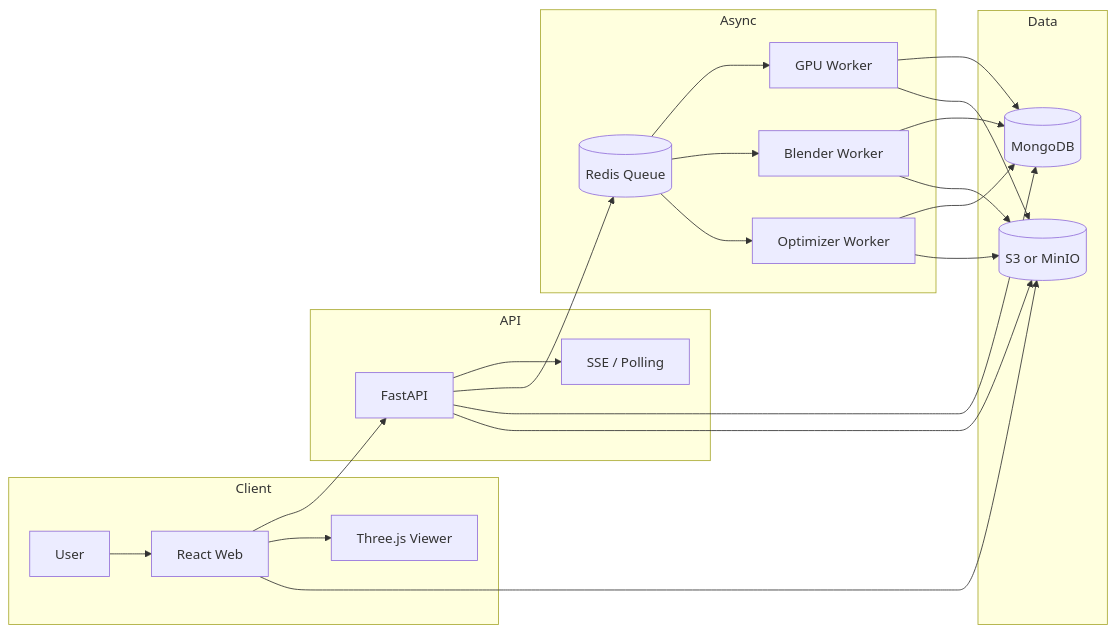
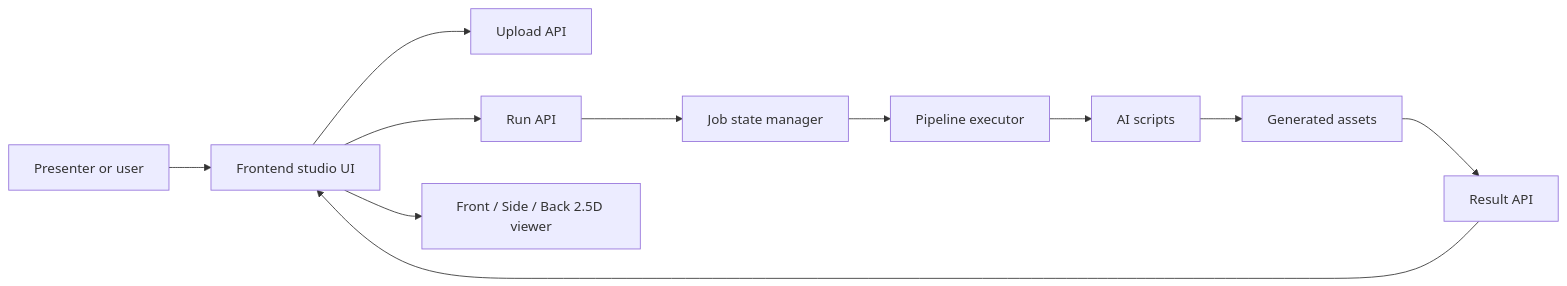
The first of 3 diagrams in README.md (Capstone-BIG4/AI), drawn with Mermaid before and after one commit. The commit also changed other lines of this file and 287 other files, not shown here.

````diff
--- a/README.md
+++ b/README.md
@@ -90,43 +38,13 @@
 ```mermaid
 flowchart LR
-    subgraph Client
-        U[User]
-        W[React Web]
-        V[Three.js Viewer]
-    end
-
-    subgraph API
-        A[FastAPI]
-        E[SSE / Polling]
-    end
-
-    subgraph Async
-        Q[(Redis Queue)]
-        G[GPU Worker]
-        F[Blender Worker]
-        O[Optimizer Worker]
-    end
-
-    subgraph Data
-        M[(MongoDB)]
-        S[(S3 or MinIO)]
-    end
-
-    U --> W
-    W --> A
-    W --> V
-    W --> S
-    A --> E
-    A --> Q
-    A --> M
-    A --> S
-    Q --> G
-    Q --> F
-    Q --> O
-    G --> M
-    G --> S
-    F --> M
-    F --> S
-    O --> M
-    O --> S
+  User[Presenter or user] --> UI[Frontend studio UI]
+  UI --> Uploads[Upload API]
+  UI --> Runs[Run API]
+  Runs --> JobState[Job state manager]
+  JobState --> Pipeline[Pipeline executor]
+  Pipeline --> Scripts[AI scripts]
+  Scripts --> Assets[Generated assets]
+  Assets --> Results[Result API]
+  Results --> UI
+  UI --> Viewer[Front / Side / Back 2.5D viewer]
 ```
````
